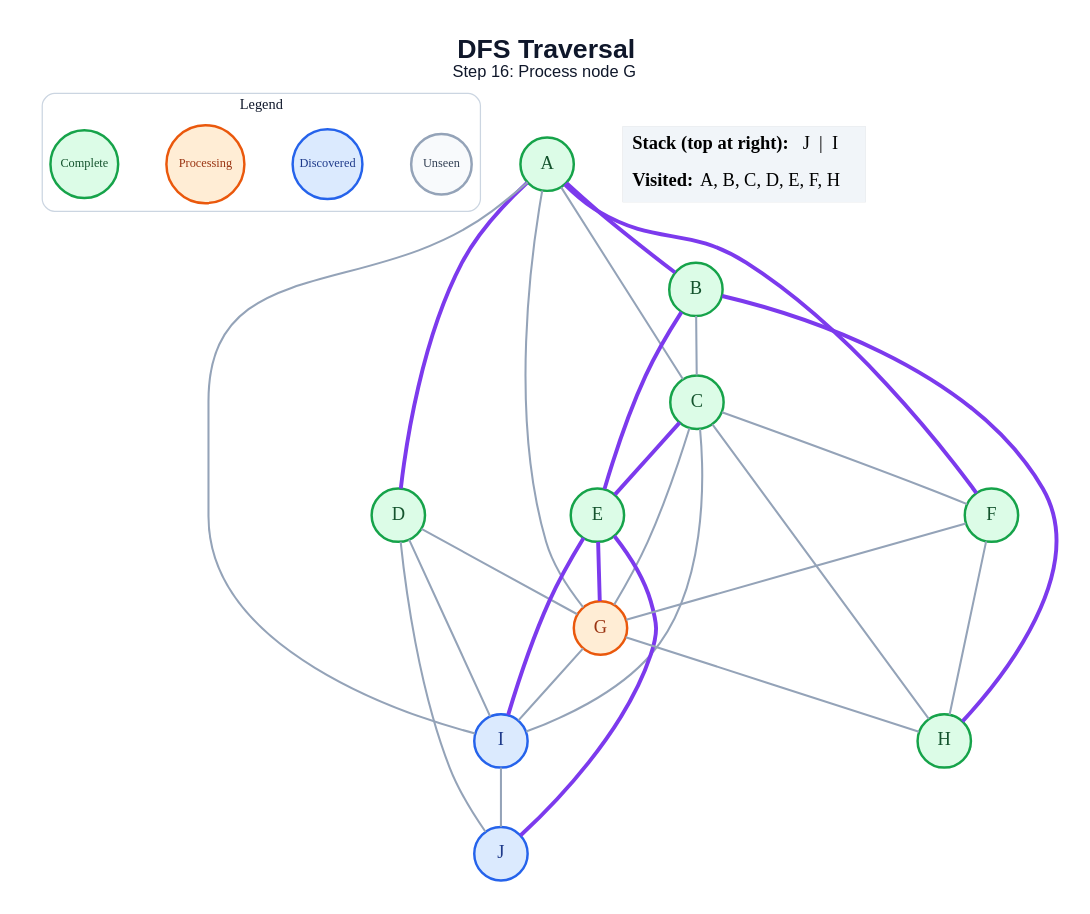
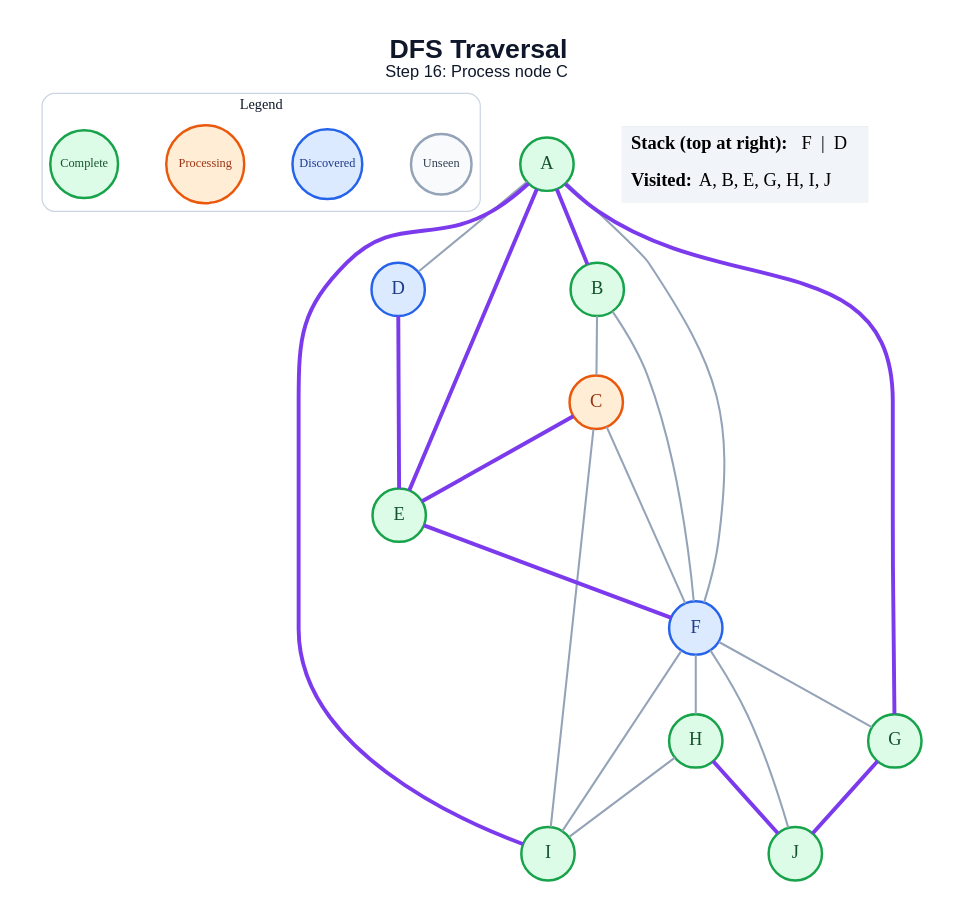
One commit to amanghodawala9/ai-slop changed the diagram in generated/specific-node/dfs/step_16.dot. Above: the diagram before and after it, drawn with Graphviz. The commit also changed 178 other files, not shown here.

```diff
--- a/generated/specific-node/dfs/step_16.dot
+++ b/generated/specific-node/dfs/step_16.dot
@@ -1,54 +1,49 @@
 graph traversal {
   graph [layout=dot, rankdir=TB, bgcolor="#FFFFFF", pad="0.35", nodesep="0.65", ranksep="0.8", fontname="Arial"];
   node [shape=circle, style="filled", fontname="Arial Bold", fontsize=18, width=0.72, fixedsize=true, penwidth=2.4];
   edge [color="#94A3B8", penwidth=2.0];
-  label=<<B>DFS Traversal</B><BR/><FONT POINT-SIZE="16">Step 16: Process node G</FONT>>; labelloc="t"; fontsize=26; fontname="Arial"; fontcolor="#0F172A";
+  label=<<B>DFS Traversal</B><BR/><FONT POINT-SIZE="16">Step 16: Process node C</FONT>>; labelloc="t"; fontsize=26; fontname="Arial"; fontcolor="#0F172A";
   subgraph cluster_legend { label="Legend"; color="#CBD5E1"; penwidth=1.2; style="rounded"; fontsize=14; fontname="Arial Bold";
     key_unseen [label="Unseen", fillcolor="#F8FAFC", color="#94A3B8", fontcolor="#334155", fontsize=12, width=0.82];
     key_frontier [label="Discovered", fillcolor="#DBEAFE", color="#2563EB", fontcolor="#1E3A8A", fontsize=12, width=0.95];
     key_current [label="Processing", fillcolor="#FFEDD5", color="#EA580C", fontcolor="#9A3412", fontsize=12, width=1.05];
     key_done [label="Complete", fillcolor="#DCFCE7", color="#16A34A", fontcolor="#14532D", fontsize=12, width=0.92];
     { rank=same; key_unseen; key_frontier; key_current; key_done; }
   }
   A [fillcolor="#DCFCE7", color="#16A34A", fontcolor="#14532D"];
   B [fillcolor="#DCFCE7", color="#16A34A", fontcolor="#14532D"];
-  C [fillcolor="#DCFCE7", color="#16A34A", fontcolor="#14532D"];
-  D [fillcolor="#DCFCE7", color="#16A34A", fontcolor="#14532D"];
+  C [fillcolor="#FFEDD5", color="#EA580C", fontcolor="#9A3412"];
+  D [fillcolor="#DBEAFE", color="#2563EB", fontcolor="#1E3A8A"];
   E [fillcolor="#DCFCE7", color="#16A34A", fontcolor="#14532D"];
-  F [fillcolor="#DCFCE7", color="#16A34A", fontcolor="#14532D"];
-  G [fillcolor="#FFEDD5", color="#EA580C", fontcolor="#9A3412"];
+  F [fillcolor="#DBEAFE", color="#2563EB", fontcolor="#1E3A8A"];
+  G [fillcolor="#DCFCE7", color="#16A34A", fontcolor="#14532D"];
   H [fillcolor="#DCFCE7", color="#16A34A", fontcolor="#14532D"];
-  I [fillcolor="#DBEAFE", color="#2563EB", fontcolor="#1E3A8A"];
-  J [fillcolor="#DBEAFE", color="#2563EB", fontcolor="#1E3A8A"];
+  I [fillcolor="#DCFCE7", color="#16A34A", fontcolor="#14532D"];
+  J [fillcolor="#DCFCE7", color="#16A34A", fontcolor="#14532D"];
   A -- B [color="#7C3AED", penwidth=3.8];
-  A -- C;
-  A -- D [color="#7C3AED", penwidth=3.8];
-  A -- F [color="#7C3AED", penwidth=3.8];
-  A -- G;
-  A -- I;
+  A -- D;
+  A -- E [color="#7C3AED", penwidth=3.8];
+  A -- F;
+  A -- G [color="#7C3AED", penwidth=3.8];
+  A -- I [color="#7C3AED", penwidth=3.8];
   B -- C;
-  B -- E [color="#7C3AED", penwidth=3.8];
-  B -- H [color="#7C3AED", penwidth=3.8];
+  B -- F;
   C -- E [color="#7C3AED", penwidth=3.8];
   C -- F;
-  C -- G;
-  C -- H;
   C -- I;
-  D -- G;
-  D -- I;
-  D -- J;
-  E -- G [color="#7C3AED", penwidth=3.8];
-  E -- I [color="#7C3AED", penwidth=3.8];
-  E -- J [color="#7C3AED", penwidth=3.8];
+  D -- E [color="#7C3AED", penwidth=3.8];
+  E -- F [color="#7C3AED", penwidth=3.8];
   F -- G;
   F -- H;
-  G -- H;
-  G -- I;
-  I -- J;
+  F -- I;
+  F -- J;
+  G -- J [color="#7C3AED", penwidth=3.8];
+  H -- I;
+  H -- J [color="#7C3AED", penwidth=3.8];
   status [shape=plain, fixedsize=false, width=0, height=0, margin=0, label=<
     <TABLE BORDER="0" CELLBORDER="0" CELLPADDING="7" BGCOLOR="#F1F5F9">
-      <TR><TD ALIGN="LEFT"><B>Stack (top at right):</B> J  |  I</TD></TR>
-      <TR><TD ALIGN="LEFT"><B>Visited:</B> A, B, C, D, E, F, H</TD></TR>
+      <TR><TD ALIGN="LEFT"><B>Stack (top at right):</B> F  |  D</TD></TR>
+      <TR><TD ALIGN="LEFT"><B>Visited:</B> A, B, E, G, H, I, J</TD></TR>
     </TABLE>
   >];
 }
```
